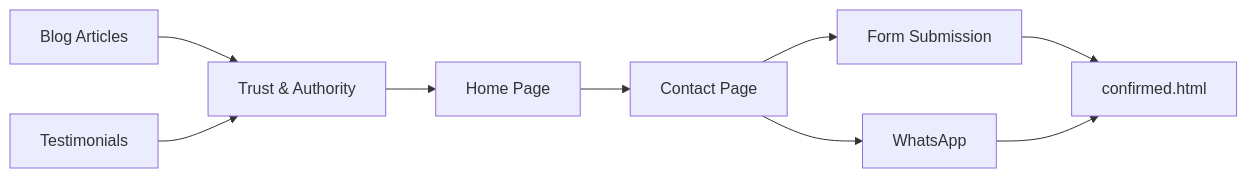
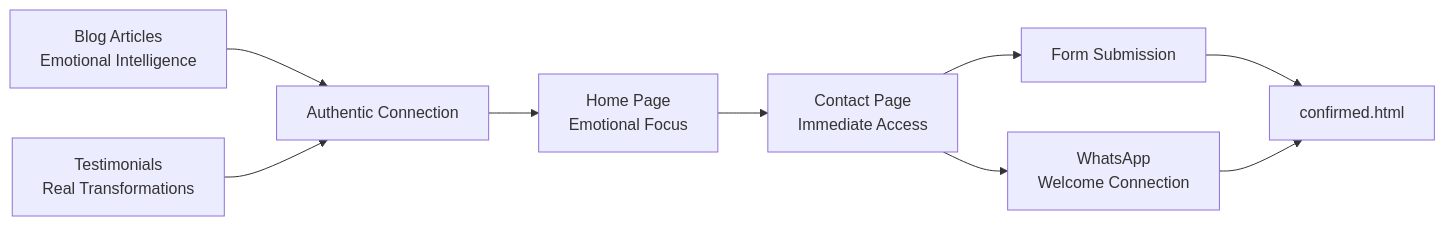
The seventh of 8 diagrams in .qoder/repowiki/en/content/Project Overview/Marketing Approach & Conversion Strategy.md (lynchip/graduates), drawn with Mermaid before and after one commit. The commit also changed other lines of this file and 12 other files, not shown here.

````diff
--- a/.qoder/repowiki/en/content/Project Overview/Marketing Approach & Conversion Strategy.md
+++ b/.qoder/repowiki/en/content/Project Overview/Marketing Approach & Conversion Strategy.md
@@ -304,11 +332,11 @@
 ```mermaid
 graph LR
-A["Blog Articles"] --> B["Trust & Authority"]
-C["Testimonials"] --> B
-B --> D["Home Page"]
-D --> E["Contact Page"]
+A["Blog Articles<br/>Emotional Intelligence"] --> B["Authentic Connection"]
+C["Testimonials<br/>Real Transformations"] --> B
+B --> D["Home Page<br/>Emotional Focus"]
+D --> E["Contact Page<br/>Immediate Access"]
 E --> F["Form Submission"]
-E --> G["WhatsApp"]
+E --> G["WhatsApp<br/>Welcome Connection"]
 F --> H["confirmed.html"]
 G --> H
 ```
````
